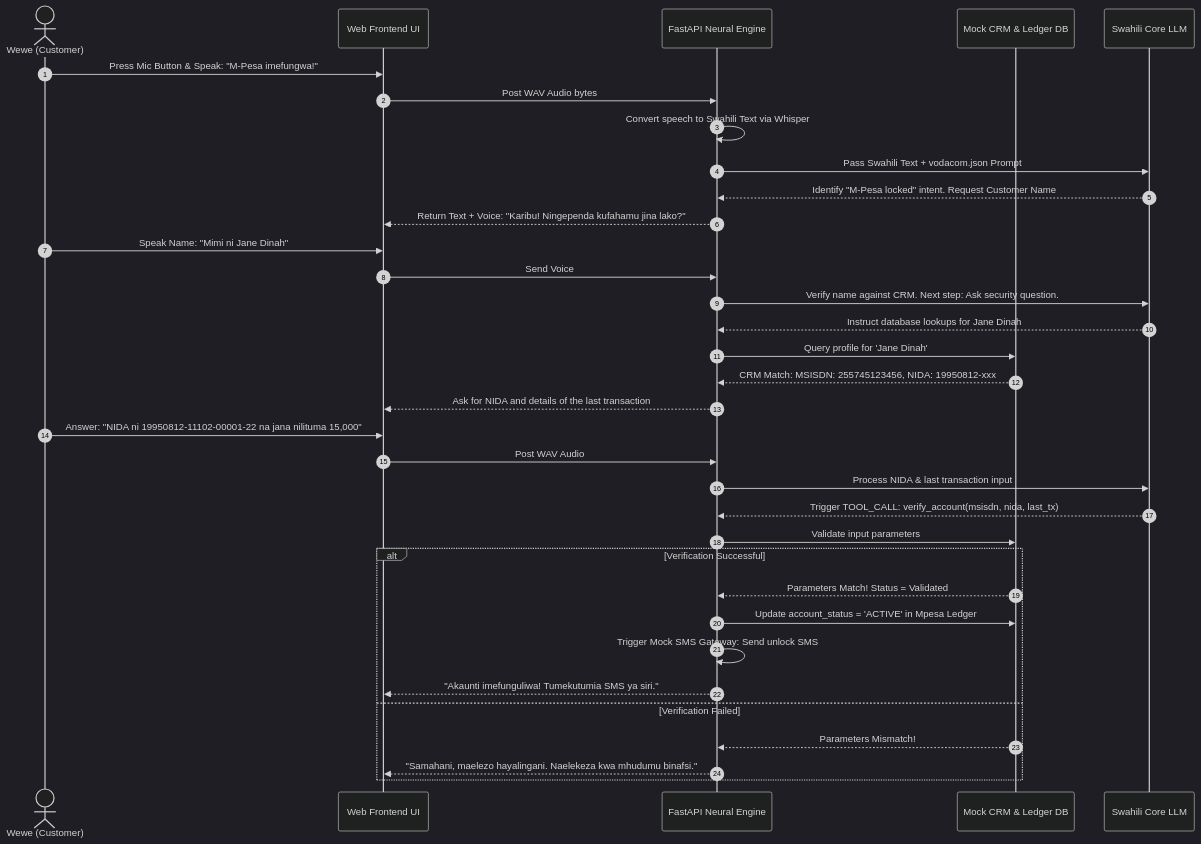
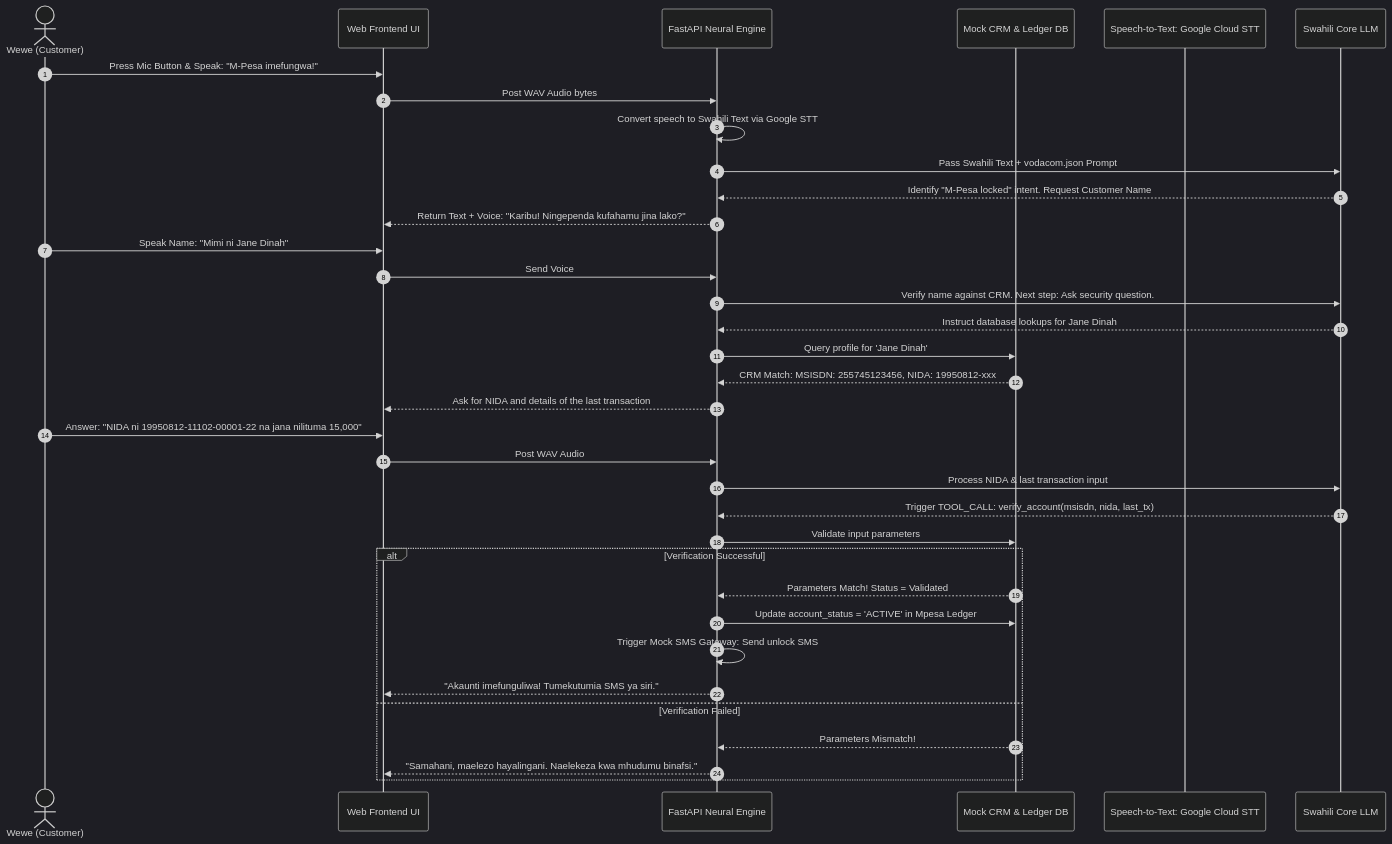
Before and after one commit to MrDino-Tz/ana-swahili-assistant: the second of 2 diagrams in docs/telecom_ai_assistant_architecture.md, drawn with Mermaid (dark theme). The commit also changed other lines of this file and 1 other file, not shown here.

Commit message:
Sasisha STT kuwa Google Cloud na weka PDF 📄

````diff
--- a/docs/telecom_ai_assistant_architecture.md
+++ b/docs/telecom_ai_assistant_architecture.md
@@ -78,37 +78,38 @@
 ```mermaid
 sequenceDiagram
     autonumber
     actor Customer as Wewe (Customer)
     participant UI as Web Frontend UI
     participant Backend as FastAPI Neural Engine
     participant DB as Mock CRM & Ledger DB
+    participant STT as Speech-to-Text: Google Cloud STT
     participant LLM as Swahili Core LLM
 
     Customer->>UI: Press Mic Button & Speak: "M-Pesa imefungwa!"
     UI->>Backend: Post WAV Audio bytes
-    Backend->>Backend: Convert speech to Swahili Text via Whisper
+    Backend->>Backend: Convert speech to Swahili Text via Google STT
     Backend->>LLM: Pass Swahili Text + vodacom.json Prompt
     LLM-->>Backend: Identify "M-Pesa locked" intent. Request Customer Name
     Backend-->>UI: Return Text + Voice: "Karibu! Ningependa kufahamu jina lako?"
     Customer->>UI: Speak Name: "Mimi ni Jane Dinah"
     UI->>Backend: Send Voice
     Backend->>LLM: Verify name against CRM. Next step: Ask security question.
     LLM-->>Backend: Instruct database lookups for Jane Dinah
     Backend->>DB: Query profile for 'Jane Dinah'
     DB-->>Backend: CRM Match: MSISDN: 255745123456, NIDA: 19950812-xxx
     Backend-->>UI: Ask for NIDA and details of the last transaction
     Customer->>UI: Answer: "NIDA ni 19950812-11102-00001-22 na jana nilituma 15,000"
     UI->>Backend: Post WAV Audio
     Backend->>LLM: Process NIDA & last transaction input
     LLM-->>Backend: Trigger TOOL_CALL: verify_account(msisdn, nida, last_tx)
     Backend->>DB: Validate input parameters
     alt Verification Successful
         DB-->>Backend: Parameters Match! Status = Validated
         Backend->>DB: Update account_status = 'ACTIVE' in Mpesa Ledger
         Backend->>Backend: Trigger Mock SMS Gateway: Send unlock SMS
         Backend-->>UI: "Akaunti imefunguliwa! Tumekutumia SMS ya siri."
     else Verification Failed
         DB-->>Backend: Parameters Mismatch!
         Backend-->>UI: "Samahani, maelezo hayalingani. Naelekeza kwa mhudumu binafsi."
     end
 ```
````
